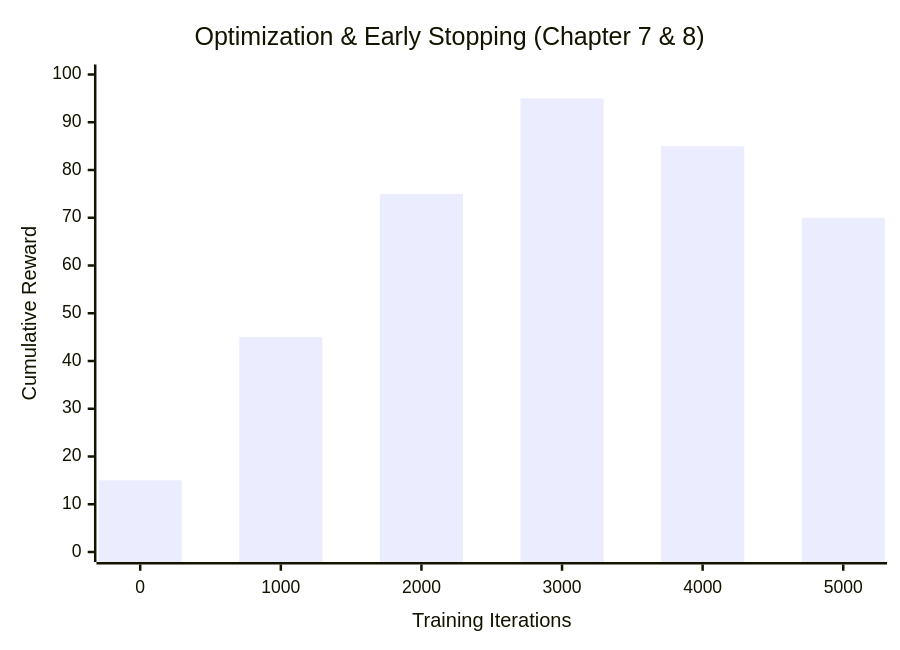
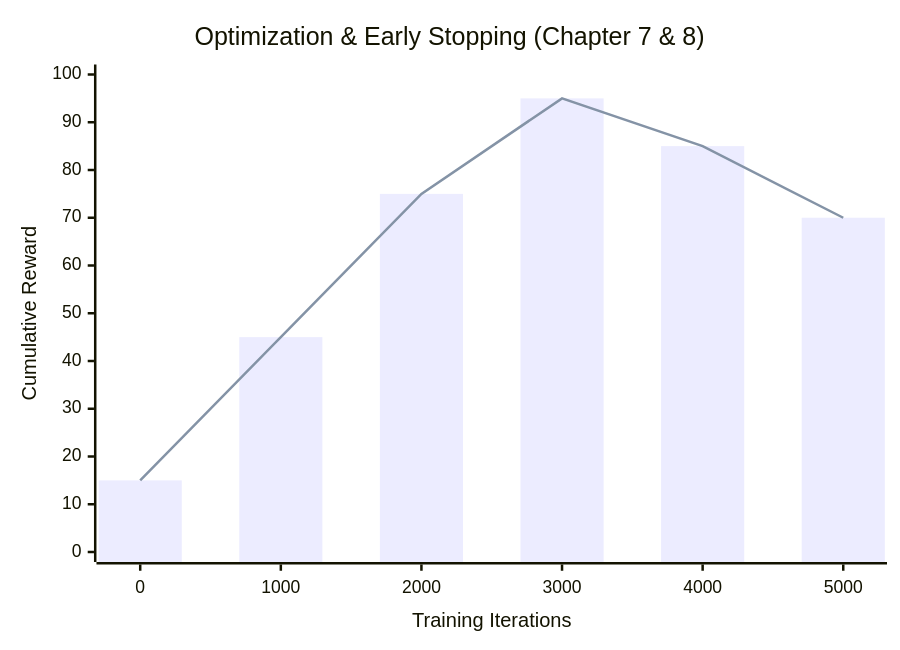
Before and after one commit to Glen02lee/isaac-go2-rl-training: the third of 3 diagrams in README.md, drawn with Mermaid. The commit also changed 1 other file, not shown here.

Commit message:
docs: combine bar and line graph with custom high-contrast color palette in training curve

````diff
--- a/README.md
+++ b/README.md
@@ -182,7 +182,9 @@
 ```mermaid
+%%{init: { "themeVariables": { "plotColorPalette": "#1f77b4, #ff7f0e" } } }%%
 xychart-beta
     title "Optimization & Early Stopping (Chapter 7 & 8)"
     x-axis "Training Iterations" [0, 1000, 2000, 3000, 4000, 5000]
     y-axis "Cumulative Reward" 0 --> 100
     bar [15, 45, 75, 95, 85, 70]
+    line [15, 45, 75, 95, 85, 70]
 ```
````
